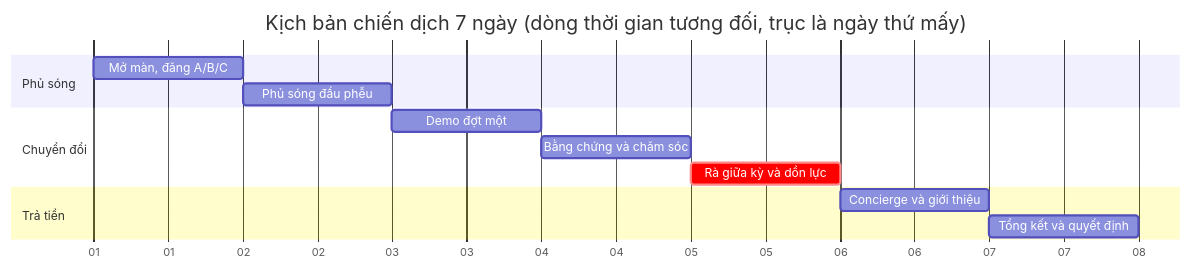
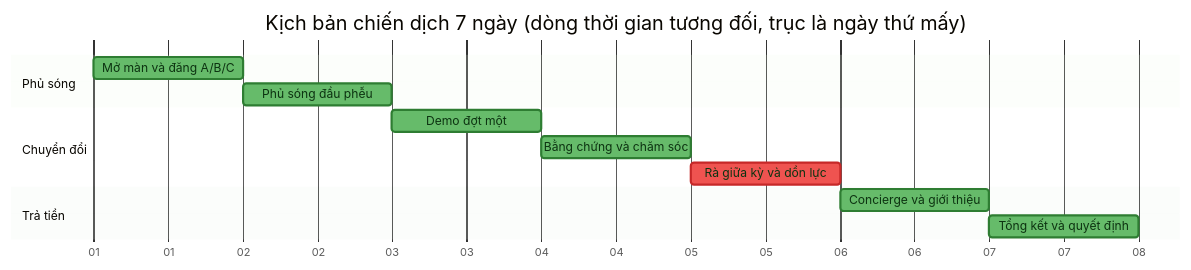
The second of 2 diagrams in docs/PA3-quang-ba/11-campaign-report.md (KieuDuyennn/start-up_nutriplan), drawn with Mermaid before and after one commit. The commit also changed other lines of this file, not shown here.

Commit message:
style(pa3): restyle item 11 loop and gantt diagrams

````diff
--- a/docs/PA3-quang-ba/11-campaign-report.md
+++ b/docs/PA3-quang-ba/11-campaign-report.md
@@ -53,16 +60,17 @@
 ```mermaid
+%%{init: {'theme':'base','themeVariables':{'fontFamily':'Segoe UI, Roboto, sans-serif','fontSize':'13px','taskBkgColor':'#66BB6A','taskBorderColor':'#2E7D32','taskTextColor':'#0D3311','taskTextLightColor':'#0D3311','taskTextOutsideColor':'#1B5E20','activeTaskBkgColor':'#A5D6A7','activeTaskBorderColor':'#2E7D32','sectionBkgColor':'#F1F8E9','altSectionBkgColor':'#FFFFFF','sectionBkgColor2':'#E8F5E9','gridColor':'#CFD8DC','critBkgColor':'#EF5350','critBorderColor':'#C62828'}}}%%
 gantt
   title Kịch bản chiến dịch 7 ngày (dòng thời gian tương đối, trục là ngày thứ mấy)
   dateFormat YYYY-MM-DD
   axisFormat %d
   section Phủ sóng
-  Mở màn, đăng A/B/C        :a1, 2025-07-01, 1d
+  Mở màn và đăng A/B/C      :a1, 2025-07-01, 1d
   Phủ sóng đầu phễu         :a2, 2025-07-02, 1d
   section Chuyển đổi
   Demo đợt một              :b1, 2025-07-03, 1d
   Bằng chứng và chăm sóc    :b2, 2025-07-04, 1d
   Rà giữa kỳ và dồn lực     :crit, b3, 2025-07-05, 1d
   section Trả tiền
   Concierge và giới thiệu   :c1, 2025-07-06, 1d
   Tổng kết và quyết định    :c2, 2025-07-07, 1d
 ```
````
